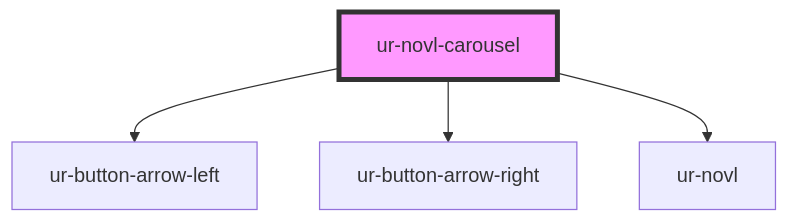
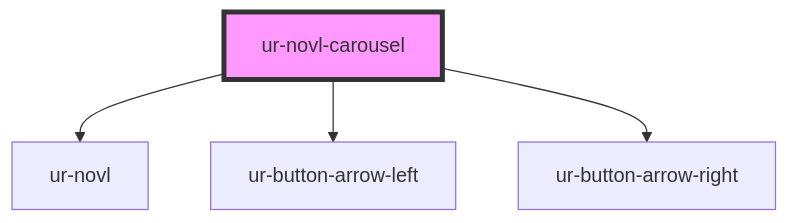
Before and after one commit to hellish/urnovl-web-components: the diagram in src/components/ur-novl-carousel/readme.md, drawn with Mermaid. The commit also changed other lines of this file and 7 other files, not shown here.

````diff
--- a/src/components/ur-novl-carousel/readme.md
+++ b/src/components/ur-novl-carousel/readme.md
@@ -38,7 +57,7 @@
 ```mermaid
 graph TD;
+  ur-novl-carousel --> ur-novl
   ur-novl-carousel --> ur-button-arrow-left
   ur-novl-carousel --> ur-button-arrow-right
-  ur-novl-carousel --> ur-novl
   style ur-novl-carousel fill:#f9f,stroke:#333,stroke-width:4px
 ```
````
